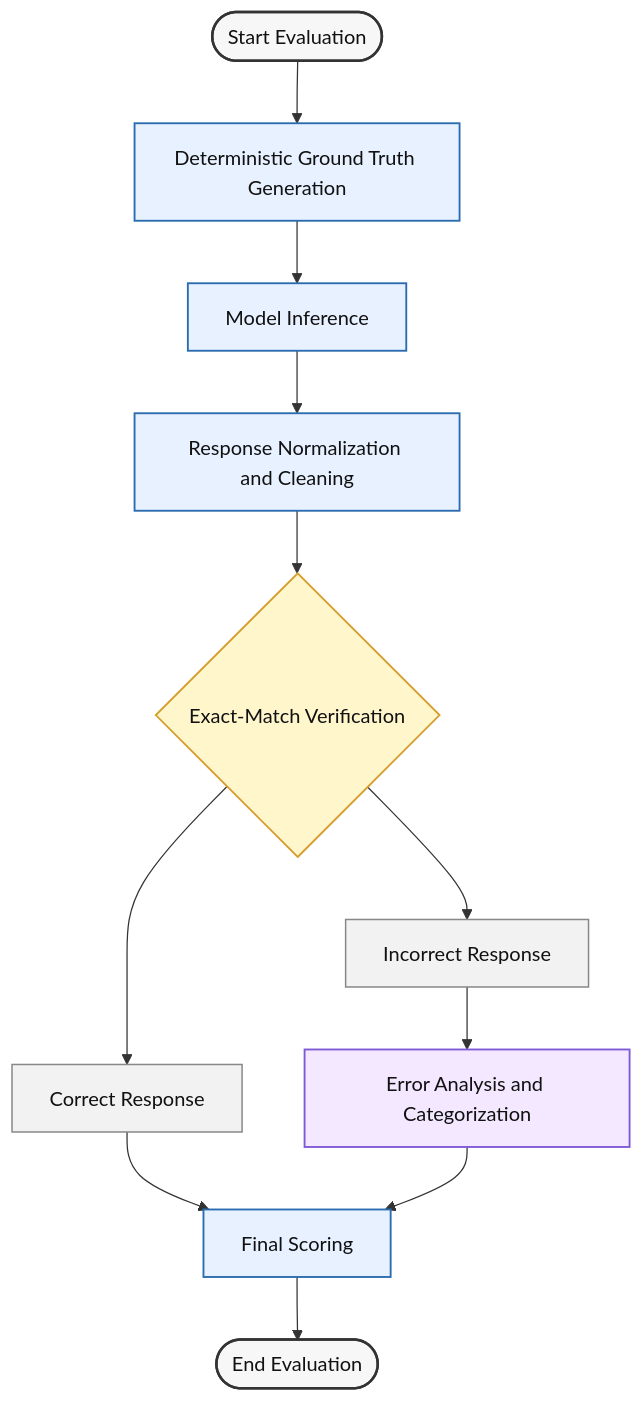
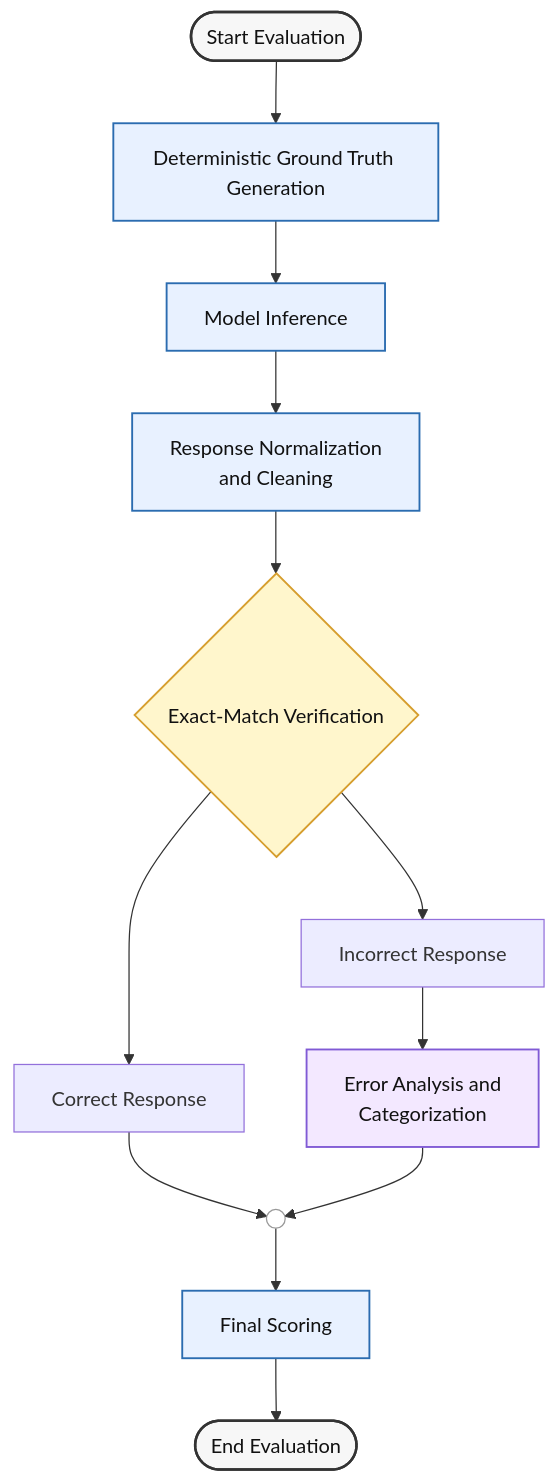
One commit to amitnjha/ChronoGeoCal changed the diagram in pipeline.md. Above: the diagram before and after it, drawn with Mermaid. The commit also changed other lines of this file, not shown here.

````diff
--- a/pipeline.md
+++ b/pipeline.md
@@ -5,28 +5,29 @@
 ```mermaid
-flowchart TD
+flowchart TB
     A([Start Evaluation]) --> B[Deterministic Ground Truth Generation]
     B --> C[Model Inference]
-    C --> D[Response Normalization and Cleaning]
+    C --> D[Response Normalization<br/>and Cleaning]
     D --> E{Exact-Match Verification}
 
     E --> C1[Correct Response]
     E --> I1[Incorrect Response]
 
-    C1 --> F[Final Scoring]
-    I1 --> G[Error Analysis and Categorization]
-    G --> F
+    C1 --> M(( ))
+    I1 --> G[Error Analysis and<br/>Categorization]
+    G --> M
 
+    M --> F[Final Scoring]
     F --> H([End Evaluation])
 
     classDef startend fill:#f7f7f7,stroke:#333,stroke-width:2px,color:#111;
     classDef process fill:#e8f1ff,stroke:#2b6cb0,stroke-width:1.5px,color:#111;
     classDef decision fill:#fff6cc,stroke:#d69e2e,stroke-width:1.5px,color:#111;
     classDef analysis fill:#f3e8ff,stroke:#805ad5,stroke-width:1.5px,color:#111;
-    classDef tag fill:#f2f2f2,stroke:#888,stroke-width:1.2px,color:#111;
+    classDef merge fill:#ffffff,stroke:#999,stroke-width:1px,color:#ffffff;
 
     class A,H startend;
     class B,C,D,F process;
     class E decision;
     class G analysis;
-    class C1,I1 tag;
+    class M merge;
 ```
````
